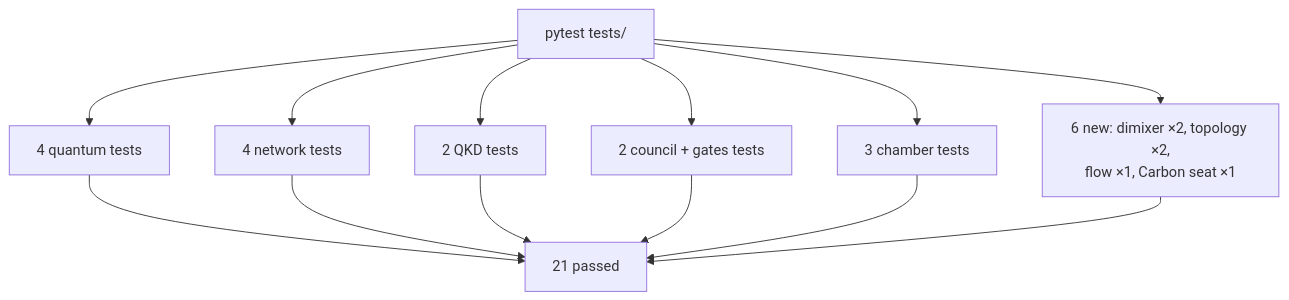
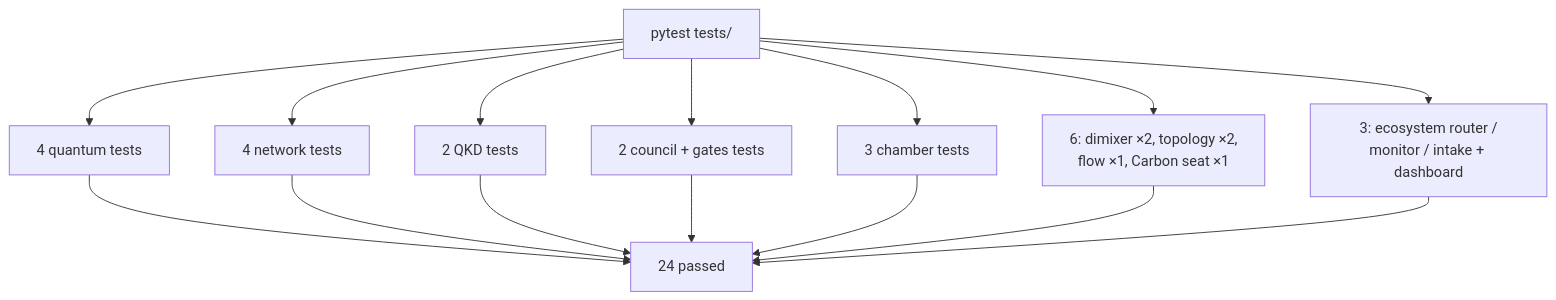
Before and after one commit to kimanicollier44-cmyk/Q6G-1TB: diagram 16 of 16 in README.md, drawn with Mermaid. The commit also changed other lines of this file and 7 other files, not shown here.

````diff
--- a/README.md
+++ b/README.md
@@ -462,15 +491,17 @@
 ```mermaid
 flowchart TD
     A[pytest tests/] --> B[4 quantum tests]
     A --> C[4 network tests]
     A --> D[2 QKD tests]
     A --> E[2 council + gates tests]
     A --> F[3 chamber tests]
-    A --> J[6 new: dimixer ×2, topology ×2,<br/>flow ×1, Carbon seat ×1]
-    B --> G[21 passed]
+    A --> J[6: dimixer ×2, topology ×2,<br/>flow ×1, Carbon seat ×1]
+    A --> K2[3: ecosystem router /<br/>monitor / intake + dashboard]
+    B --> G[24 passed]
     C --> G
     D --> G
     E --> G
     F --> G
     J --> G
+    K2 --> G
 ```
````
